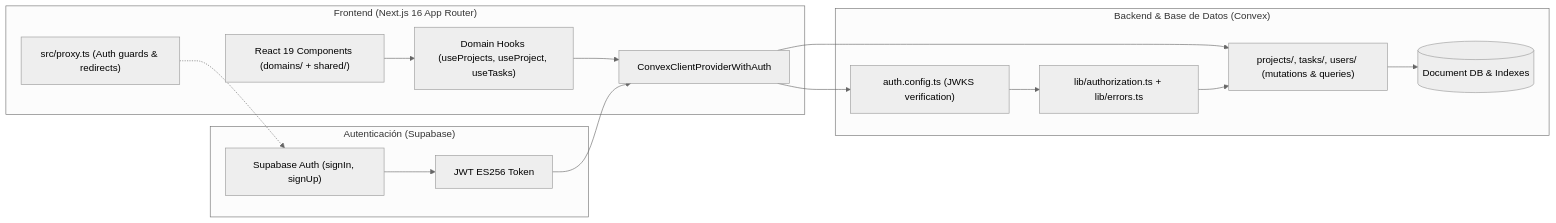
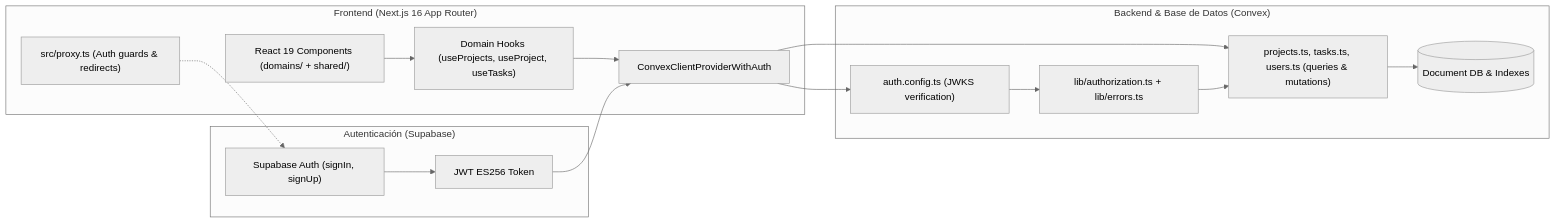
Before and after one commit to Cjorozco/next15-fastapi-supabase-template: the first of 4 diagrams in ARCHITECTURE.md, drawn with Mermaid (neutral theme). The commit also changed other lines of this file and 11 other files, not shown here.

First line of the commit message:
docs: update architecture/changelog, add HANDOFF and align agent rules with code

````diff
--- a/ARCHITECTURE.md
+++ b/ARCHITECTURE.md
@@ -11,32 +11,32 @@
 ```mermaid
 graph LR
     subgraph Frontend["Frontend (Next.js 16 App Router)"]
         UI["React 19 Components (domains/ + shared/)"]
         Hooks["Domain Hooks (useProjects, useProject, useTasks)"]
         Proxy["src/proxy.ts (Auth guards & redirects)"]
         ConvexClient["ConvexClientProviderWithAuth"]
     end
 
     subgraph Auth["Autenticación (Supabase)"]
         SupaAuth["Supabase Auth (signIn, signUp)"]
         JWT["JWT ES256 Token"]
     end
 
     subgraph Backend["Backend & Base de Datos (Convex)"]
         AuthConf["auth.config.ts (JWKS verification)"]
         AuthLib["lib/authorization.ts + lib/errors.ts"]
-        DomainFns["projects/, tasks/, users/ (mutations & queries)"]
+        DomainFns["projects.ts, tasks.ts, users.ts (queries & mutations)"]
         DB[(Document DB & Indexes)]
     end
 
     Proxy -.-> SupaAuth
     UI --> Hooks
     Hooks --> ConvexClient
     ConvexClient --> DomainFns
     SupaAuth --> JWT
     JWT --> ConvexClient
     ConvexClient --> AuthConf
     AuthConf --> AuthLib
     AuthLib --> DomainFns
     DomainFns --> DB
 ```
````
